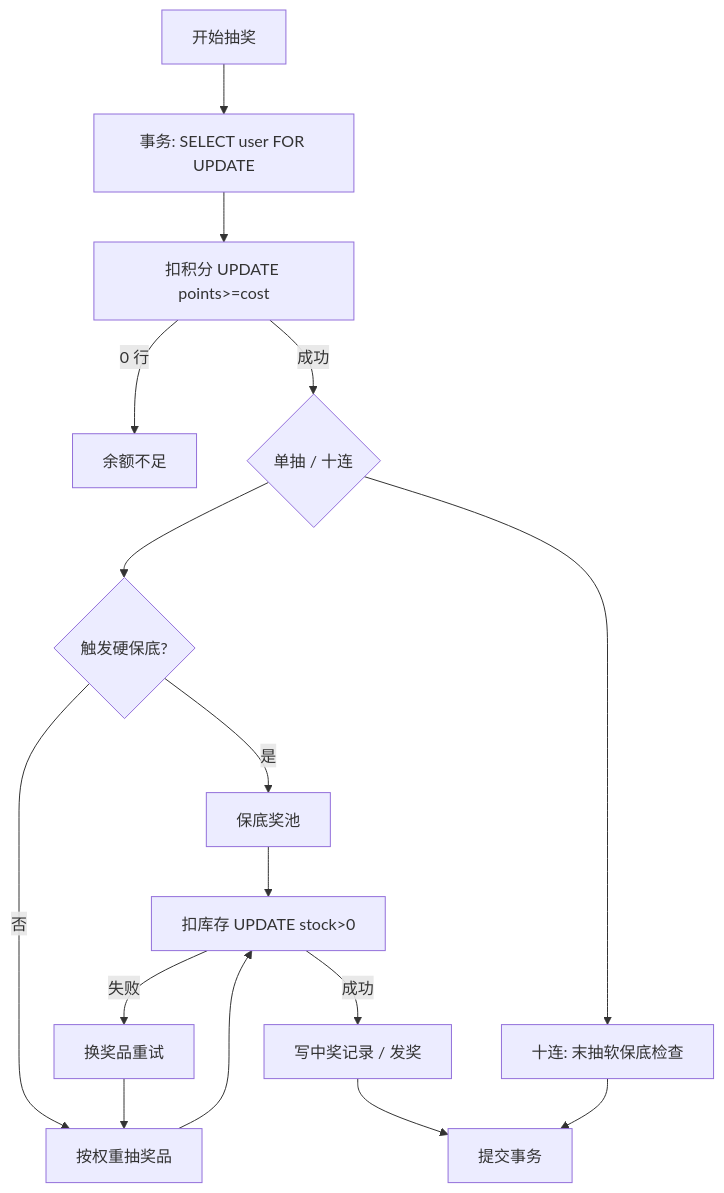
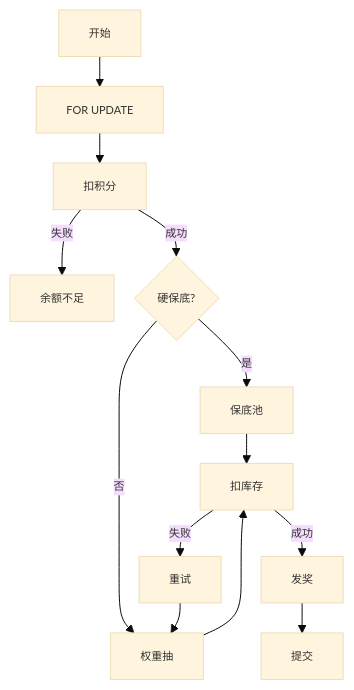
One commit to pluchon/mengmeng_forum changed the tenth of 22 diagrams in README.md. Above: the diagram before and after it, drawn with Mermaid. The commit also changed other lines of this file and 2 other files, not shown here.

````diff
--- a/README.md
+++ b/README.md
@@ -527,18 +390,16 @@
 ```mermaid
+%%{init: {'theme':'base', 'themeVariables': {'fontSize':'11px'}, 'flowchart': {'nodeSpacing': 20, 'rankSpacing': 30}}}%%
 flowchart TD
-  S[开始抽奖] --> L[事务: SELECT user FOR UPDATE]
-  L --> P[扣积分 UPDATE points>=cost]
-  P -->|0 行| F1[余额不足]
-  P -->|成功| D{单抽 / 十连}
-  D --> G{触发硬保底?}
-  G -->|是| POOL[保底奖池]
-  G -->|否| W[按权重抽奖品]
-  POOL --> K
-  W --> K[扣库存 UPDATE stock>0]
-  K -->|失败| R[换奖品重试]
-  K -->|成功| REC[写中奖记录 / 发奖]
+  S[开始] --> L[FOR UPDATE]
+  L --> P[扣积分]
+  P -->|失败| F1[余额不足]
+  P -->|成功| G{硬保底?}
+  G -->|是| POOL[保底池]
+  G -->|否| W[权重抽]
+  POOL --> K[扣库存]
+  W --> K
+  K -->|失败| R[重试]
+  K -->|成功| REC[发奖]
   R --> W
-  REC --> E[提交事务]
-  D --> SB[十连: 末抽软保底检查]
-  SB --> E
+  REC --> E[提交]
 ```
````
